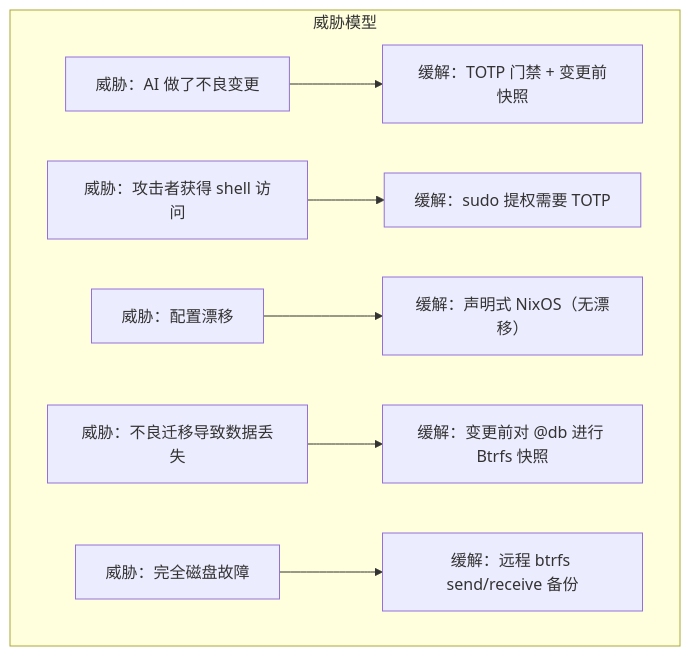
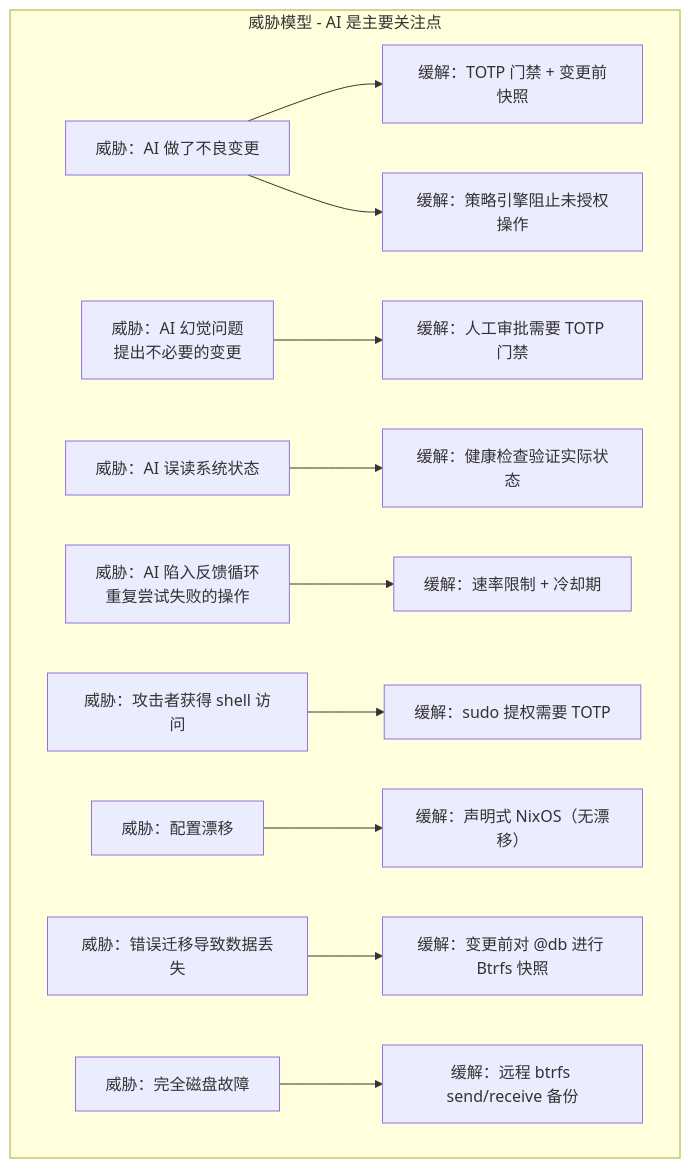
The seventh of 7 diagrams in i18n/zh/docusaurus-plugin-content-docs/current/architecture.md (stars-labs/self-healing-nixos-infra), drawn with Mermaid before and after one commit. The commit also changed other lines of this file and 1 other file, not shown here.

First line of the commit message:
Emphasize AI safety and atomic rollback in architecture docs

````diff
--- a/i18n/zh/docusaurus-plugin-content-docs/current/architecture.md
+++ b/i18n/zh/docusaurus-plugin-content-docs/current/architecture.md
@@ -150,10 +236,14 @@
 ```mermaid
 flowchart TB
-    subgraph Threats["威胁模型"]
+    subgraph Threats["威胁模型 - AI 是主要关注点"]
         A[威胁：AI 做了不良变更] --> A1[缓解：TOTP 门禁 + 变更前快照]
-        B[威胁：攻击者获得 shell 访问] --> B1[缓解：sudo 提权需要 TOTP]
-        C[威胁：配置漂移] --> C1[缓解：声明式 NixOS（无漂移）]
-        D[威胁：不良迁移导致数据丢失] --> D1[缓解：变更前对 @db 进行 Btrfs 快照]
-        E[威胁：完全磁盘故障] --> E1[缓解：远程 btrfs send/receive 备份]
+        A --> A2[缓解：策略引擎阻止未授权操作]
+        B[威胁：AI 幻觉问题<br/>提出不必要的变更] --> B1[缓解：人工审批需要 TOTP 门禁]
+        C[威胁：AI 误读系统状态] --> C1[缓解：健康检查验证实际状态]
+        D[威胁：AI 陷入反馈循环<br/>重复尝试失败的操作] --> D1[缓解：速率限制 + 冷却期]
+        E[威胁：攻击者获得 shell 访问] --> E1[缓解：sudo 提权需要 TOTP]
+        F[威胁：配置漂移] --> F1[缓解：声明式 NixOS（无漂移）]
+        G[威胁：错误迁移导致数据丢失] --> G1[缓解：变更前对 @db 进行 Btrfs 快照]
+        H[威胁：完全磁盘故障] --> H1[缓解：远程 btrfs send/receive 备份]
     end
 ```
````
